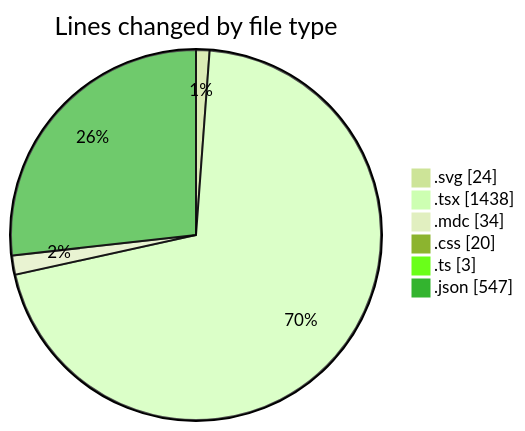
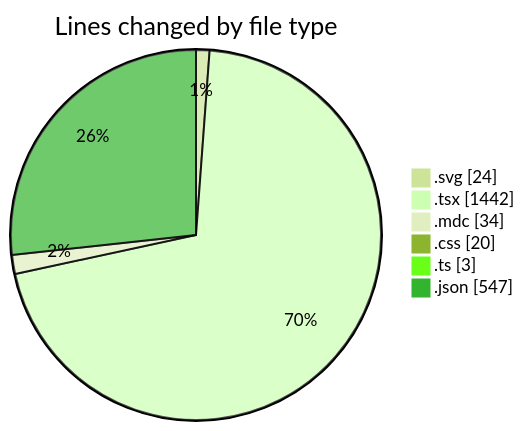
The first of 2 diagrams in 2025-07-18/ribbon/README.md (EIIisD/code-tracking), drawn with Mermaid (forest theme) before and after one commit. The commit also changed other lines of this file and 1 other file, not shown here.

````diff
--- a/2025-07-18/ribbon/README.md
+++ b/2025-07-18/ribbon/README.md
@@ -27,10 +27,10 @@
 ```mermaid
 pie showData
 title Lines changed by file type
 ".svg" : 24
-".tsx" : 1438
+".tsx" : 1442
 ".mdc" : 34
 ".css" : 20
 ".ts" : 3
 ".json" : 547
 ```
````
